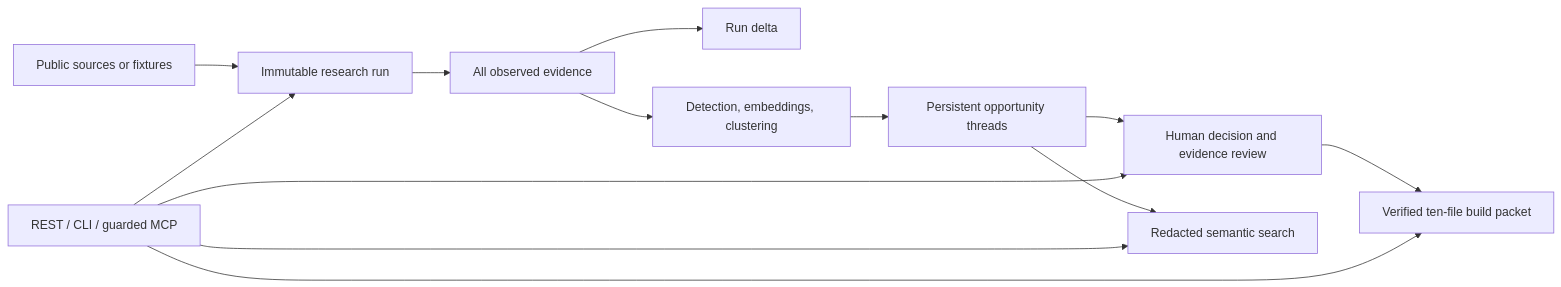
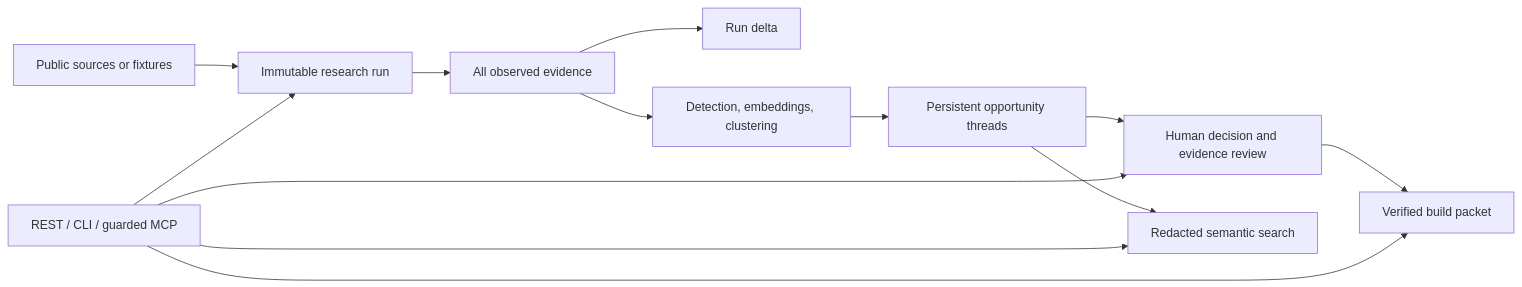
The diagram in README.md (Yurii201811/tasksignal), drawn with Mermaid before and after one commit. The commit also changed other lines of this file and 8 other files, not shown here.

````diff
--- a/README.md
+++ b/README.md
@@ -144,15 +170,15 @@
 ```mermaid
 flowchart LR
   Sources["Public sources or fixtures"] --> Run["Immutable research run"]
   Run --> Observed["All observed evidence"]
   Observed --> Delta["Run delta"]
   Observed --> Signals["Detection, embeddings, clustering"]
   Signals --> Threads["Persistent opportunity threads"]
   Threads --> Review["Human decision and evidence review"]
-  Review --> Packet["Verified ten-file build packet"]
+  Review --> Packet["Verified build packet"]
   Threads --> Search["Redacted semantic search"]
   API["REST / CLI / guarded MCP"] --> Run
   API --> Search
   API --> Review
   API --> Packet
 ```
````
